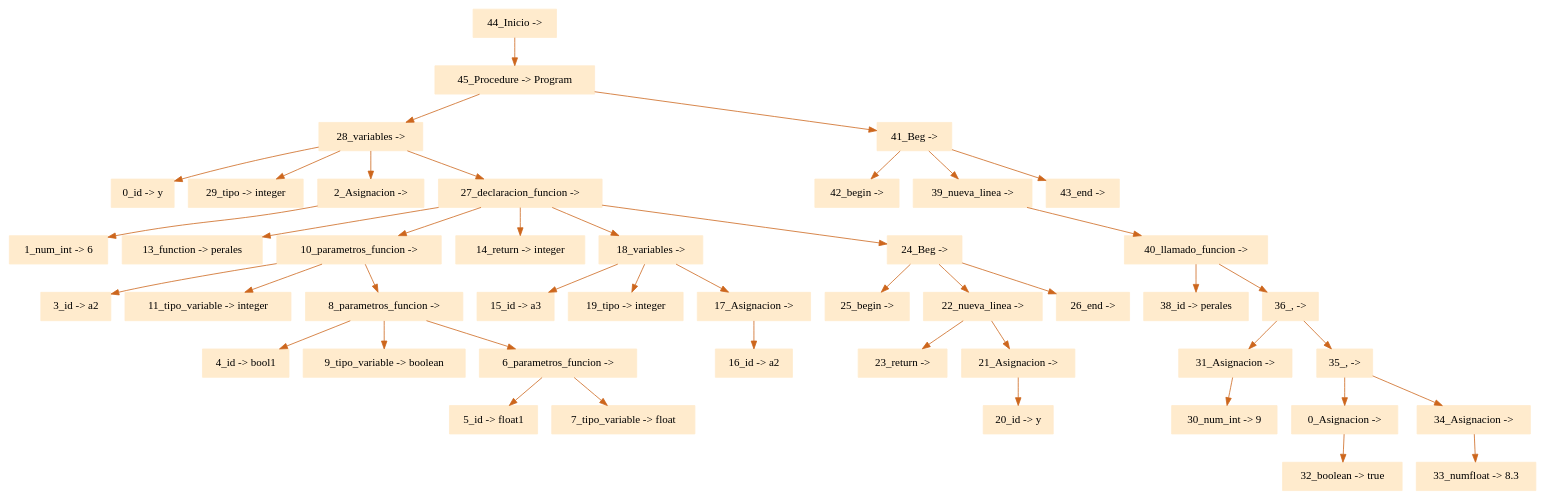
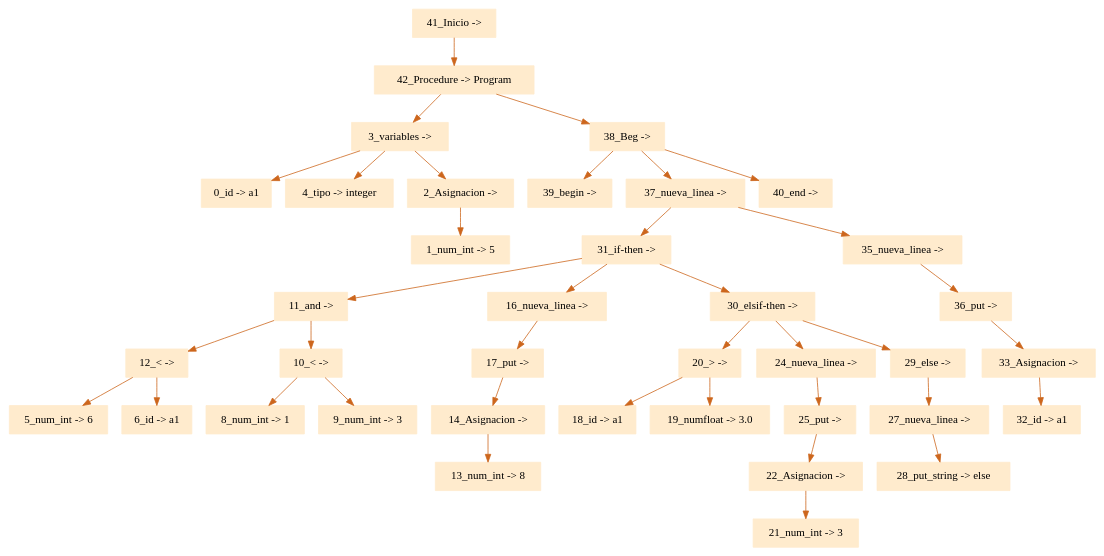
The diagram in ProyectoCompiladores/arbol.dot (eliasgz97/Proyecto_Compiladores), drawn with Graphviz before and after one commit. The commit also changed 5 other files, not shown here.

```diff
--- a/ProyectoCompiladores/arbol.dot
+++ b/ProyectoCompiladores/arbol.dot
@@ -1,49 +1,42 @@
 digraph G {node[shape=box, style=filled, color=blanchedalmond]; edge[color=chocolate3];rankdir=UD 
 
-"44_Inicio -> "->"45_Procedure -> Program"
-"45_Procedure -> Program"->"28_variables -> "
-"28_variables -> "->"0_id -> y"
-"28_variables -> "->"29_tipo -> integer"
-"28_variables -> "->"2_Asignacion -> "
-"2_Asignacion -> "->"1_num_int -> 6"
-"28_variables -> "->"27_declaracion_funcion -> "
-"27_declaracion_funcion -> "->"13_function -> perales"
-"27_declaracion_funcion -> "->"10_parametros_funcion -> "
-"10_parametros_funcion -> "->"3_id -> a2"
-"10_parametros_funcion -> "->"11_tipo_variable -> integer"
-"10_parametros_funcion -> "->"8_parametros_funcion -> "
-"8_parametros_funcion -> "->"4_id -> bool1"
-"8_parametros_funcion -> "->"9_tipo_variable -> boolean"
-"8_parametros_funcion -> "->"6_parametros_funcion -> "
-"6_parametros_funcion -> "->"5_id -> float1"
-"6_parametros_funcion -> "->"7_tipo_variable -> float"
-"27_declaracion_funcion -> "->"14_return -> integer"
-"27_declaracion_funcion -> "->"18_variables -> "
-"18_variables -> "->"15_id -> a3"
-"18_variables -> "->"19_tipo -> integer"
-"18_variables -> "->"17_Asignacion -> "
-"17_Asignacion -> "->"16_id -> a2"
-"27_declaracion_funcion -> "->"24_Beg -> "
-"24_Beg -> "->"25_begin -> "
-"24_Beg -> "->"22_nueva_linea -> "
-"22_nueva_linea -> "->"23_return -> "
-"22_nueva_linea -> "->"21_Asignacion -> "
-"21_Asignacion -> "->"20_id -> y"
-"24_Beg -> "->"26_end -> "
-"45_Procedure -> Program"->"41_Beg -> "
-"41_Beg -> "->"42_begin -> "
-"41_Beg -> "->"39_nueva_linea -> "
-"39_nueva_linea -> "->"40_llamado_funcion -> "
-"40_llamado_funcion -> "->"38_id -> perales"
-"40_llamado_funcion -> "->"36_, -> "
-"36_, -> "->"31_Asignacion -> "
-"31_Asignacion -> "->"30_num_int -> 9"
-"36_, -> "->"35_, -> "
-"35_, -> "->"0_Asignacion -> "
-"0_Asignacion -> "->"32_boolean -> true"
-"35_, -> "->"34_Asignacion -> "
-"34_Asignacion -> "->"33_numfloat -> 8.3"
-"41_Beg -> "->"43_end -> "
+"41_Inicio -> "->"42_Procedure -> Program"
+"42_Procedure -> Program"->"3_variables -> "
+"3_variables -> "->"0_id -> a1"
+"3_variables -> "->"4_tipo -> integer"
+"3_variables -> "->"2_Asignacion -> "
+"2_Asignacion -> "->"1_num_int -> 5"
+"42_Procedure -> Program"->"38_Beg -> "
+"38_Beg -> "->"39_begin -> "
+"38_Beg -> "->"37_nueva_linea -> "
+"37_nueva_linea -> "->"31_if-then -> "
+"31_if-then -> "->"11_and -> "
+"11_and -> "->"12_< -> "
+"12_< -> "->"5_num_int -> 6"
+"12_< -> "->"6_id -> a1"
+"11_and -> "->"10_< -> "
+"10_< -> "->"8_num_int -> 1"
+"10_< -> "->"9_num_int -> 3"
+"31_if-then -> "->"16_nueva_linea -> "
+"16_nueva_linea -> "->"17_put -> "
+"17_put -> "->"14_Asignacion -> "
+"14_Asignacion -> "->"13_num_int -> 8"
+"31_if-then -> "->"30_elsif-then -> "
+"30_elsif-then -> "->"20_> -> "
+"20_> -> "->"18_id -> a1"
+"20_> -> "->"19_numfloat -> 3.0"
+"30_elsif-then -> "->"24_nueva_linea -> "
+"24_nueva_linea -> "->"25_put -> "
+"25_put -> "->"22_Asignacion -> "
+"22_Asignacion -> "->"21_num_int -> 3"
+"30_elsif-then -> "->"29_else -> "
+"29_else -> "->"27_nueva_linea -> "
+"27_nueva_linea -> "->"28_put_string -> else"
+"37_nueva_linea -> "->"35_nueva_linea -> "
+"35_nueva_linea -> "->"36_put -> "
+"36_put -> "->"33_Asignacion -> "
+"33_Asignacion -> "->"32_id -> a1"
+"38_Beg -> "->"40_end -> "
 
 
 }
```
